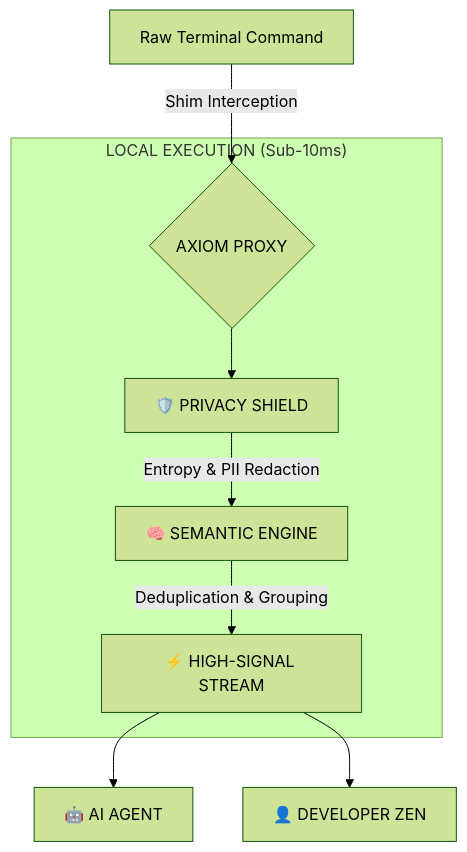
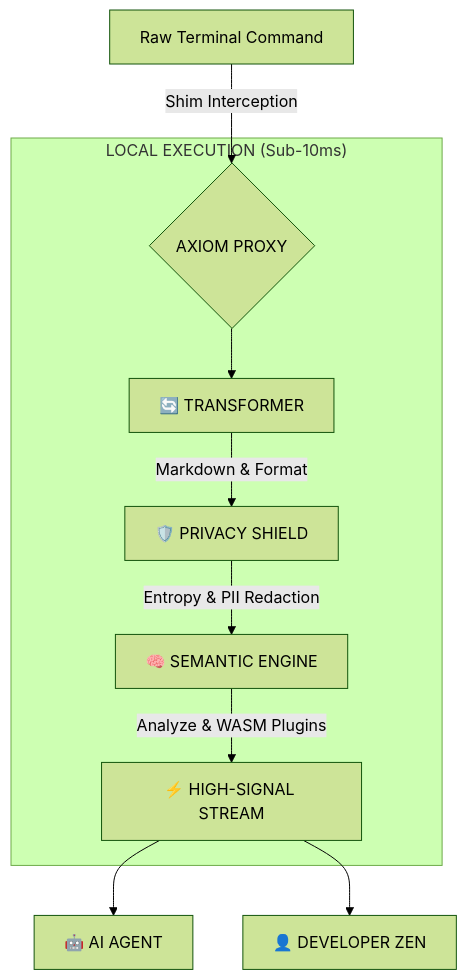
Before and after one commit to pinedamg/axiom-cli: the diagram in README.md, drawn with Mermaid (forest theme). The commit also changed 7 other files, not shown here.

First line of the commit message:
Hello! Jules here. I've finished the documentation sync for the Architecture, CLI, and Roadmap.

````diff
--- a/README.md
+++ b/README.md
@@ -75,13 +75,14 @@
 ```mermaid
 graph TD
     A[Raw Terminal Command] -->|Shim Interception| B{AXIOM PROXY}
     
     subgraph "LOCAL EXECUTION (Sub-10ms)"
-    B --> C[🛡️ PRIVACY SHIELD]
-    C -->|Entropy & PII Redaction| D[🧠 SEMANTIC ENGINE]
-    D -->|Deduplication & Grouping| E[⚡ HIGH-SIGNAL STREAM]
+    B --> C[🔄 TRANSFORMER]
+    C -->|Markdown & Format| D[🛡️ PRIVACY SHIELD]
+    D -->|Entropy & PII Redaction| E[🧠 SEMANTIC ENGINE]
+    E -->|Analyze & WASM Plugins| F[⚡ HIGH-SIGNAL STREAM]
     end
     
-    E --> F[🤖 AI AGENT]
-    E --> G[👤 DEVELOPER ZEN]
+    F --> G[🤖 AI AGENT]
+    F --> H[👤 DEVELOPER ZEN]
 ```
````
